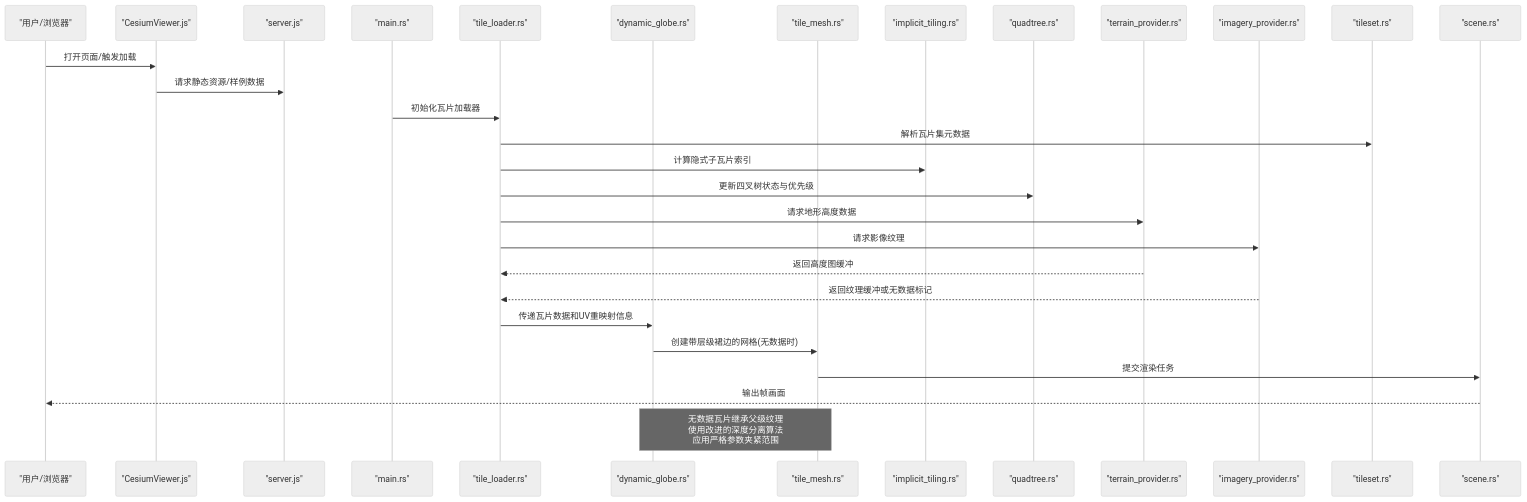
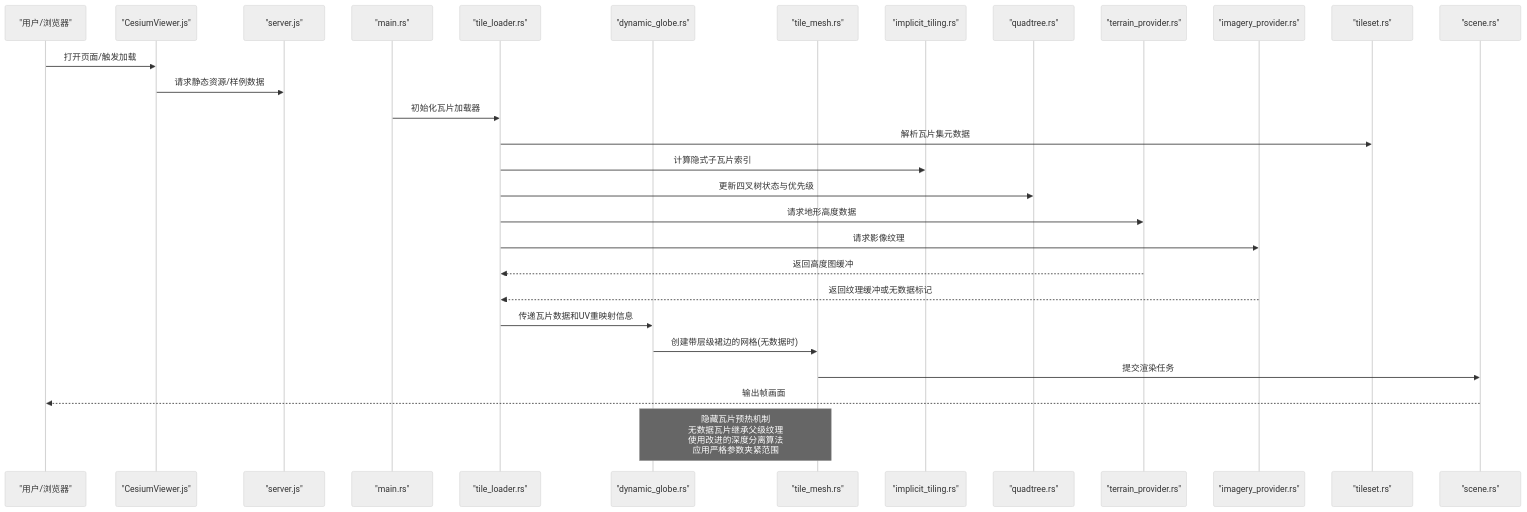
The second of 8 diagrams in .qoder/repowiki/zh/content/项目概述/核心特性/3D数据格式支持/3D Tiles标准支持/瓦片网格生成.md (rzhangjing/cesium), drawn with Mermaid (neutral theme) before and after one commit. The commit also changed other lines of this file and 61 other files, not shown here.

First line of the commit message:
修改地图晃动BUG

````diff
--- a/.qoder/repowiki/zh/content/项目概述/核心特性/3D数据格式支持/3D Tiles标准支持/瓦片网格生成.md
+++ b/.qoder/repowiki/zh/content/项目概述/核心特性/3D数据格式支持/3D Tiles标准支持/瓦片网格生成.md
@@ -130,31 +131,31 @@
 ```mermaid
 sequenceDiagram
 participant U as "用户/浏览器"
 participant V as "CesiumViewer.js"
 participant S as "server.js"
 participant M as "main.rs"
 participant TL as "tile_loader.rs"
 participant DG as "dynamic_globe.rs"
 participant TM as "tile_mesh.rs"
 participant IT as "implicit_tiling.rs"
 participant QT as "quadtree.rs"
 participant TP as "terrain_provider.rs"
 participant IP as "imagery_provider.rs"
 participant TS as "tileset.rs"
 participant SC as "scene.rs"
 U->>V : 打开页面/触发加载
 V->>S : 请求静态资源/样例数据
 M->>TL : 初始化瓦片加载器
 TL->>TS : 解析瓦片集元数据
 TL->>IT : 计算隐式子瓦片索引
 TL->>QT : 更新四叉树状态与优先级
 TL->>TP : 请求地形高度数据
 TL->>IP : 请求影像纹理
 TP-->>TL : 返回高度图缓冲
 IP-->>TL : 返回纹理缓冲或无数据标记
 TL->>DG : 传递瓦片数据和UV重映射信息
 DG->>TM : 创建带层级裙边的网格(无数据时)
 TM->>SC : 提交渲染任务
 SC-->>U : 输出帧画面
-Note over DG,TM : 无数据瓦片继承父级纹理<br/>使用改进的深度分离算法<br/>应用严格参数夹紧范围
+Note over DG,TM : 隐藏瓦片预热机制<br/>无数据瓦片继承父级纹理<br/>使用改进的深度分离算法<br/>应用严格参数夹紧范围
 ```
````
